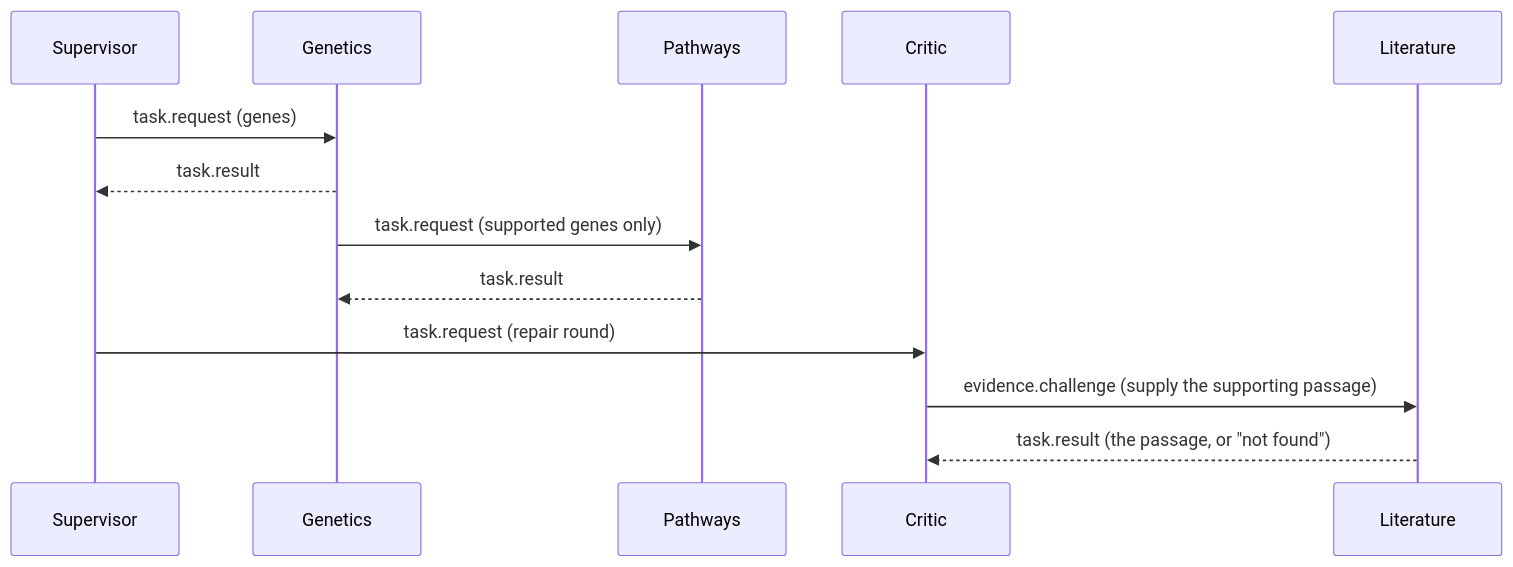
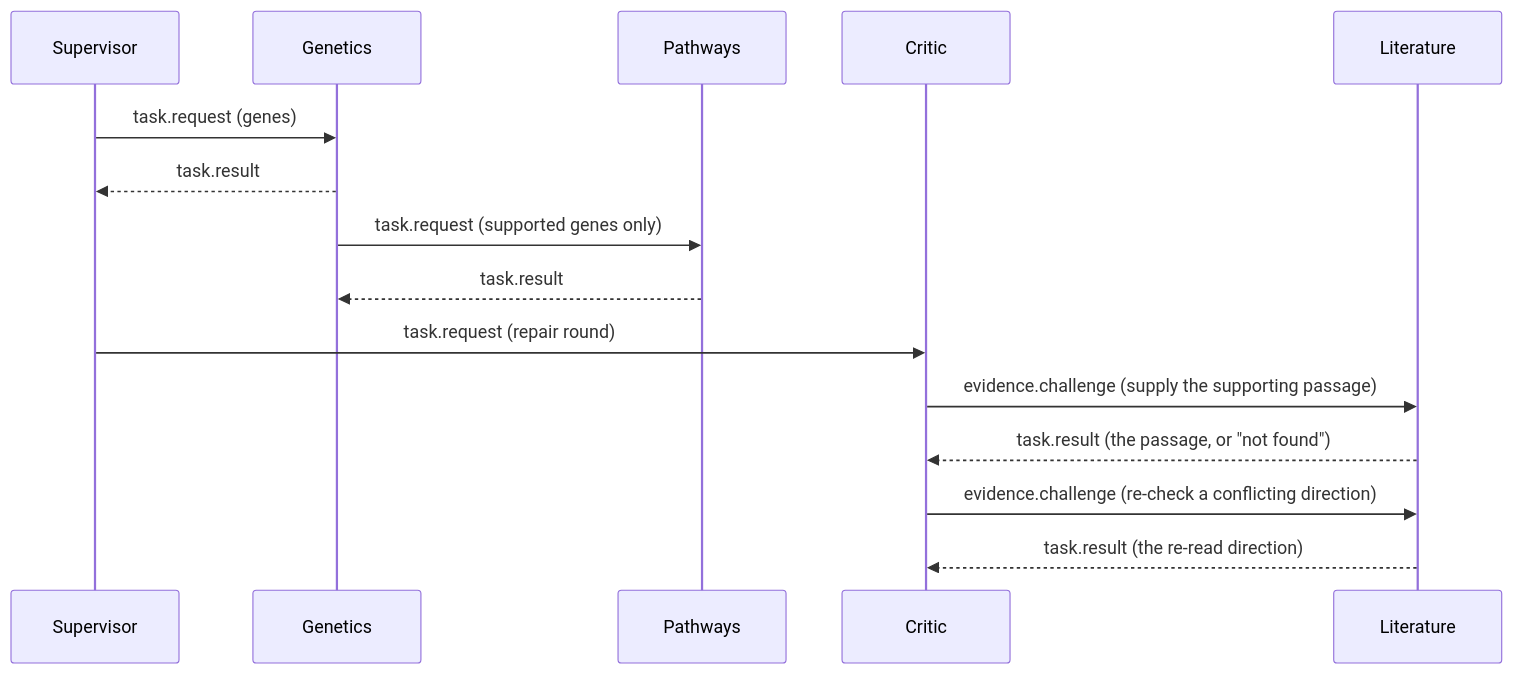
The third of 3 diagrams in README.md (Tevaalgorithms/BioNexus-AI), drawn with Mermaid before and after one commit. The commit also changed other lines of this file and 10 other files, not shown here.

First line of the commit message:
Critic second look: re-read a conflicting, model-read direction on the full passage

````diff
--- a/README.md
+++ b/README.md
@@ -143,15 +143,17 @@
 ```mermaid
 sequenceDiagram
     participant S as Supervisor
     participant G as Genetics
     participant P as Pathways
     participant C as Critic
     participant L as Literature
     S->>G: task.request (genes)
     G-->>S: task.result
     G->>P: task.request (supported genes only)
     P-->>G: task.result
     S->>C: task.request (repair round)
     C->>L: evidence.challenge (supply the supporting passage)
     L-->>C: task.result (the passage, or "not found")
+    C->>L: evidence.challenge (re-check a conflicting direction)
+    L-->>C: task.result (the re-read direction)
 ```
````
